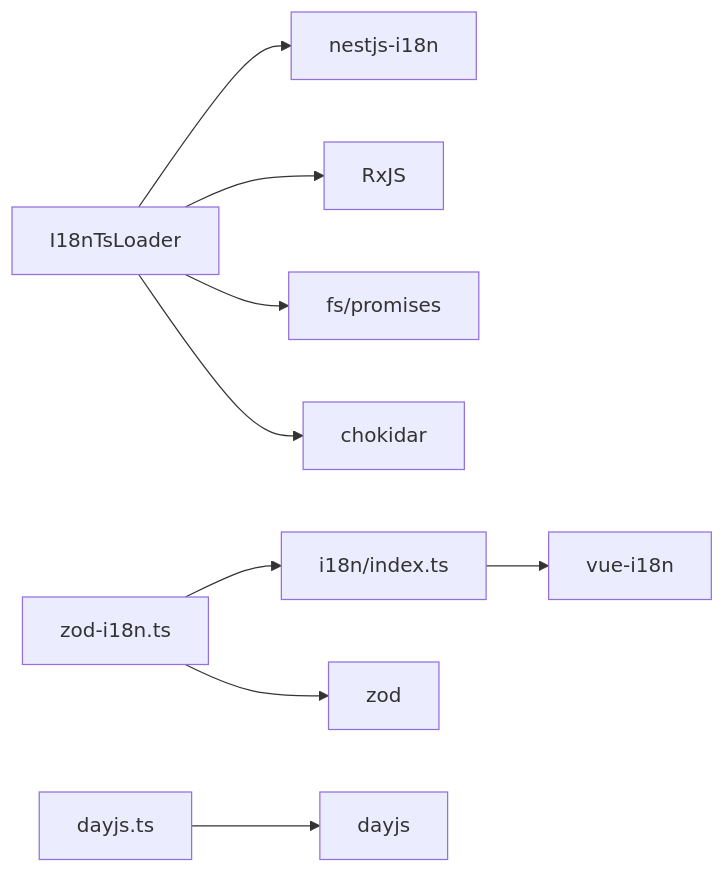
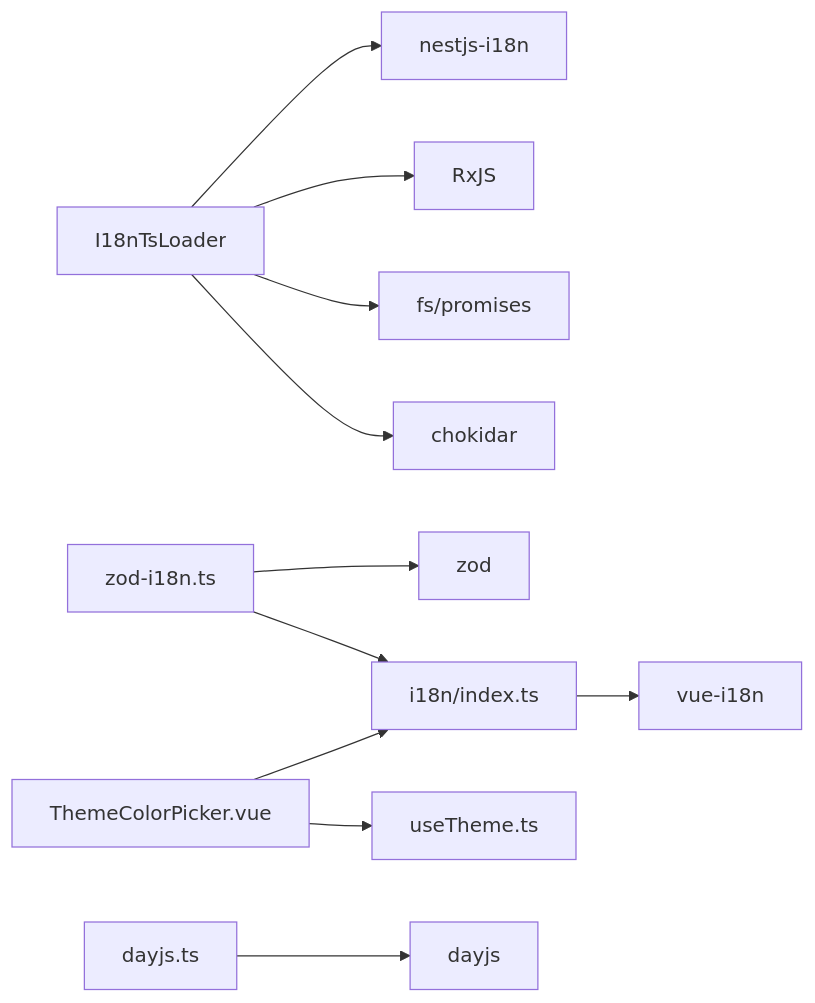
The seventh of 7 diagrams in .qoder/repowiki/zh/content/前端开发/国际化.md (xixixiaoyu/Todo), drawn with Mermaid before and after one commit. The commit also changed other lines of this file and 2 other files, not shown here.

````diff
--- a/.qoder/repowiki/zh/content/前端开发/国际化.md
+++ b/.qoder/repowiki/zh/content/前端开发/国际化.md
@@ -277,11 +326,13 @@
 ```mermaid
 graph LR
 Loader["I18nTsLoader"] --> Nest["nestjs-i18n"]
 Loader --> Rx["RxJS"]
 Loader --> FS["fs/promises"]
 Loader --> Chok["chokidar"]
 FE_i18n["i18n/index.ts"] --> VueI18n["vue-i18n"]
 FE_zod["zod-i18n.ts"] --> Zod["zod"]
 FE_zod --> FE_i18n
 FE_dayjs["dayjs.ts"] --> Dayjs["dayjs"]
+ThemePicker["ThemeColorPicker.vue"] --> FE_i18n
+ThemePicker --> UseTheme["useTheme.ts"]
 ```
````
